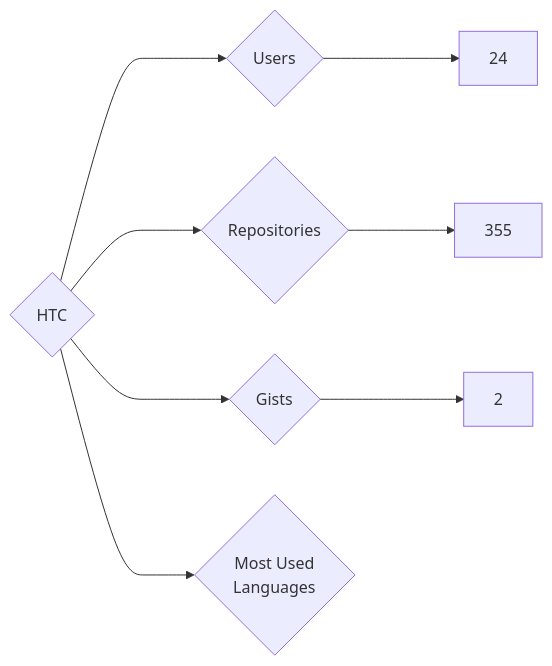
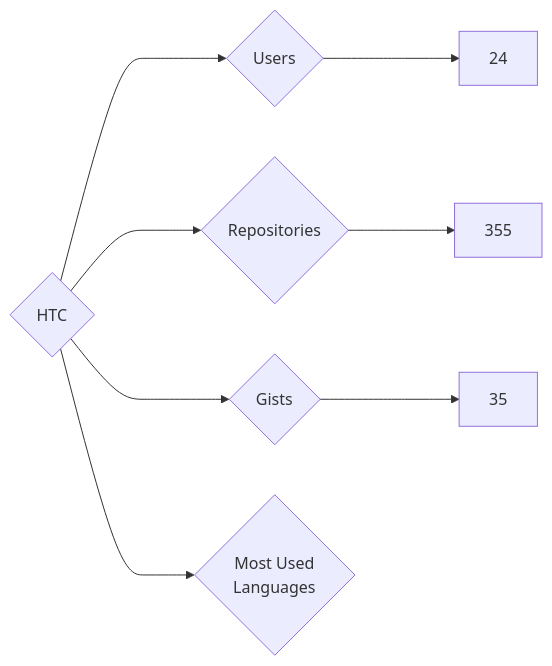
The diagram in targets/HTC/README.md (nenadzaric/insiders), drawn with Mermaid before and after one commit. The commit also changed 1342 other files, not shown here.

````diff
--- a/targets/HTC/README.md
+++ b/targets/HTC/README.md
@@ -3,8 +3,8 @@
 ```mermaid
 graph LR
 COMPANY_NAME{HTC}
 COMPANY_NAME ---> U{Users} ---> UN[24]
 COMPANY_NAME ---> R{Repositories} ---> RN[355]
-COMPANY_NAME ---> G{Gists} ---> GN[2]
+COMPANY_NAME ---> G{Gists} ---> GN[35]
 COMPANY_NAME ---> ML{Most Used<br>Languages}
 ```
````
